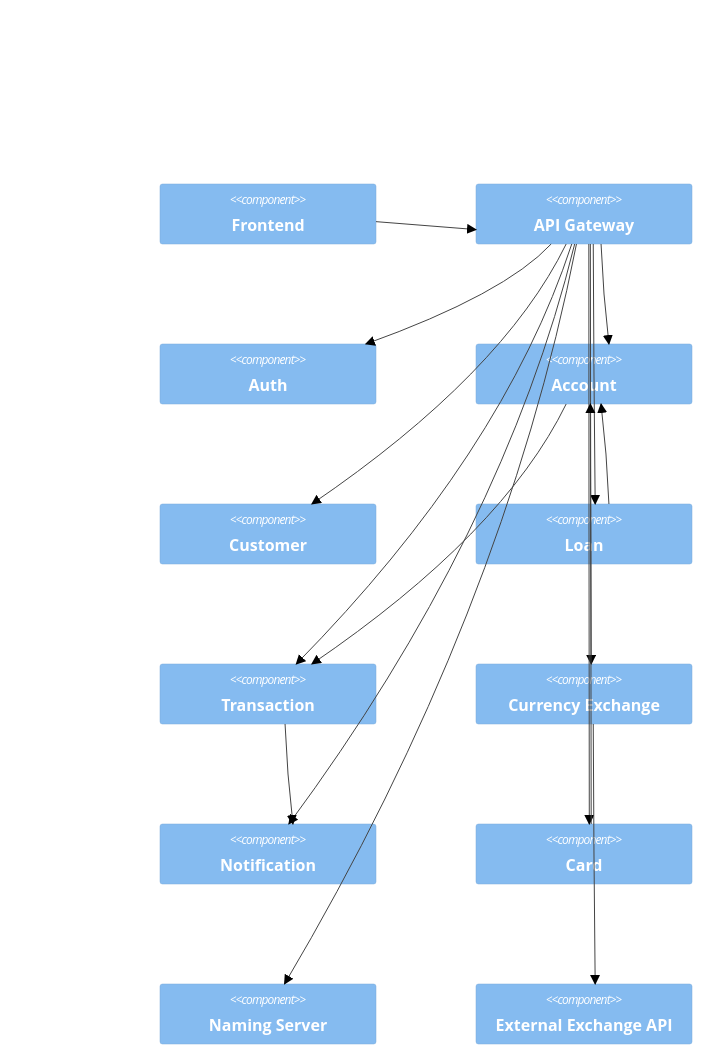
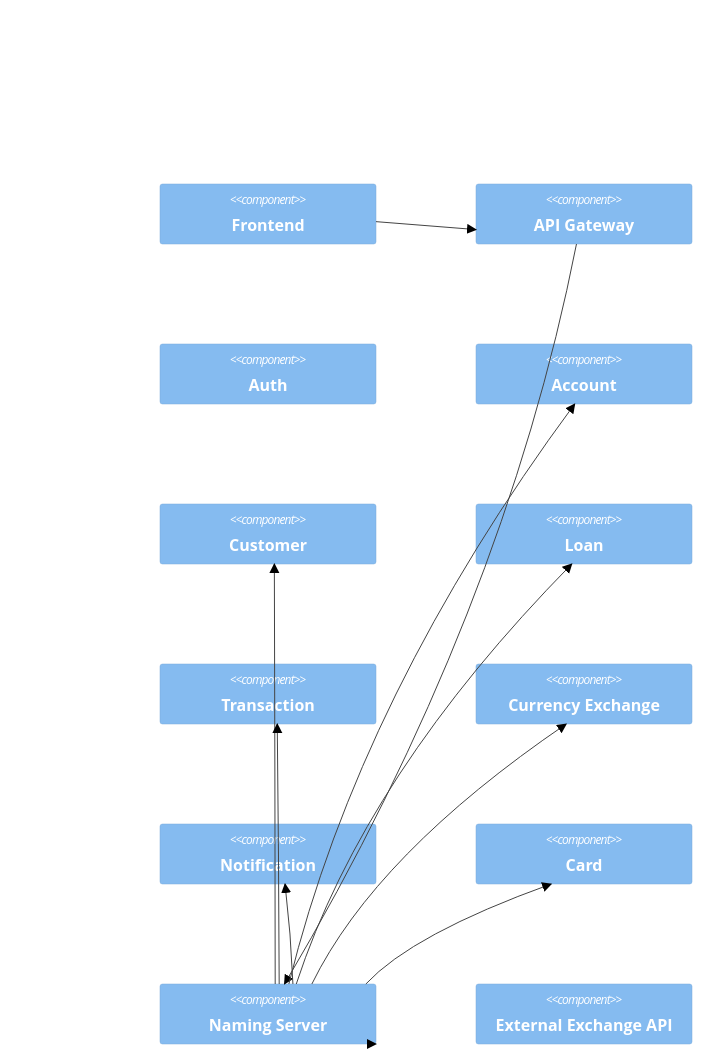
One commit to itiro-y/CicarusBank changed the diagram in README.md. Above: the diagram before and after it, drawn with Mermaid (forest theme).

````diff
--- a/README.md
+++ b/README.md
@@ -27,31 +27,27 @@
 ```mermaid
 C4Container
     Component(frontend, "Frontend")
     Component(api_gateway, "API Gateway")
     Component(auth_service, "Auth")
     Component(account_service, "Account")
     Component(customer_service, "Customer")
     Component(loan_service, "Loan")
     Component(transaction_service, "Transaction")
     Component(currency_exchange_service, "Currency Exchange")
     Component(notification_service, "Notification")
     Component(card_service, "Card")
     Component(naming_server, "Naming Server")
     Component(external_exchange_api, "External Exchange API")
 
     Rel(frontend, api_gateway, "")
-    Rel(api_gateway, auth_service, "")
-    Rel(api_gateway, account_service, "")
-    Rel(api_gateway, customer_service, "")
-    Rel(api_gateway, loan_service, "")
-    Rel(api_gateway, transaction_service, "")
-    Rel(api_gateway, currency_exchange_service, "")
-    Rel(api_gateway, notification_service, "")
-    Rel(api_gateway, card_service, "")
     Rel(api_gateway, naming_server, "")
-    Rel(currency_exchange_service, external_exchange_api, "")
-    Rel(account_service, transaction_service, "")
-    Rel(transaction_service, notification_service, "")
-    Rel(loan_service, account_service, "")
-    Rel(card_service, account_service, "")
+    Rel(naming_server, account_service, "")
+    Rel(naming_server, customer_service, "")
+    Rel(naming_server, loan_service, "")
+    Rel(naming_server, transaction_service, "")
+    Rel(naming_server, currency_exchange_service, "")
+    Rel(naming_server, notification_service, "")
+    Rel(naming_server, card_service, "")
+    Rel(naming_server, naming_server, "")
+
 ```
````
